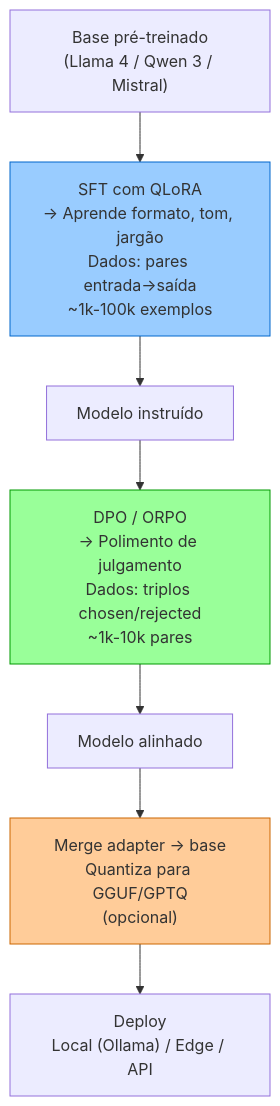
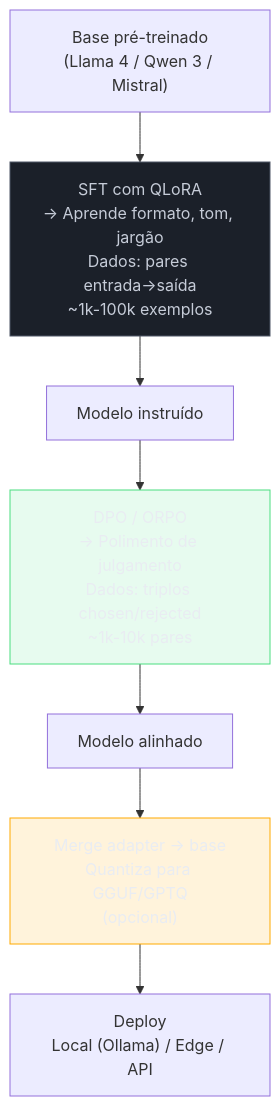
Before and after one commit to josenaldo/codex-technomanticus: the fourth of 4 diagrams in 03-Dominios/Tecnologia/IA/Anatomia dos LLMs/21 - Fine-tuning na prática — LoRA, QLoRA, DPO.md, drawn with Mermaid. The commit also changed other lines of this file and 1181 other files, not shown here.

First line of the commit message:
fix(diagramas): paleta do sistema no lugar de cor cravada no markdown

````diff
--- a/03-Dominios/Tecnologia/IA/Anatomia dos LLMs/21 - Fine-tuning na prática — LoRA, QLoRA, DPO.md
+++ b/03-Dominios/Tecnologia/IA/Anatomia dos LLMs/21 - Fine-tuning na prática — LoRA, QLoRA, DPO.md
@@ -156,15 +164,18 @@
 ```mermaid
 flowchart TD
+    classDef neutro fill:#1B2029,stroke:#4E5666,color:#C6CCD8
+    classDef ok fill:#4ADE8021,stroke:#4ADE80,color:#E9ECF2
+    classDef destaque fill:#FFAA0024,stroke:#FFAA00,color:#E9ECF2
     BASE["Base pré-treinado\n(Llama 4 / Qwen 3 / Mistral)"]
     SFT["SFT com QLoRA\n→ Aprende formato, tom, jargão\nDados: pares entrada→saída\n~1k-100k exemplos"]
     INST["Modelo instruído"]
     DPO["DPO / ORPO\n→ Polimento de julgamento\nDados: triplos chosen/rejected\n~1k-10k pares"]
     ALIGN["Modelo alinhado"]
     MERGE["Merge adapter → base\nQuantiza para GGUF/GPTQ\n(opcional)"]
     DEPLOY["Deploy\nLocal (Ollama) / Edge / API"]
 
     BASE --> SFT --> INST --> DPO --> ALIGN --> MERGE --> DEPLOY
-    style SFT fill:#99ccff,stroke:#0066cc
-    style DPO fill:#99ff99,stroke:#009900
-    style MERGE fill:#ffcc99,stroke:#cc6600
+    class SFT neutro
+    class DPO ok
+    class MERGE destaque
 ```
````
